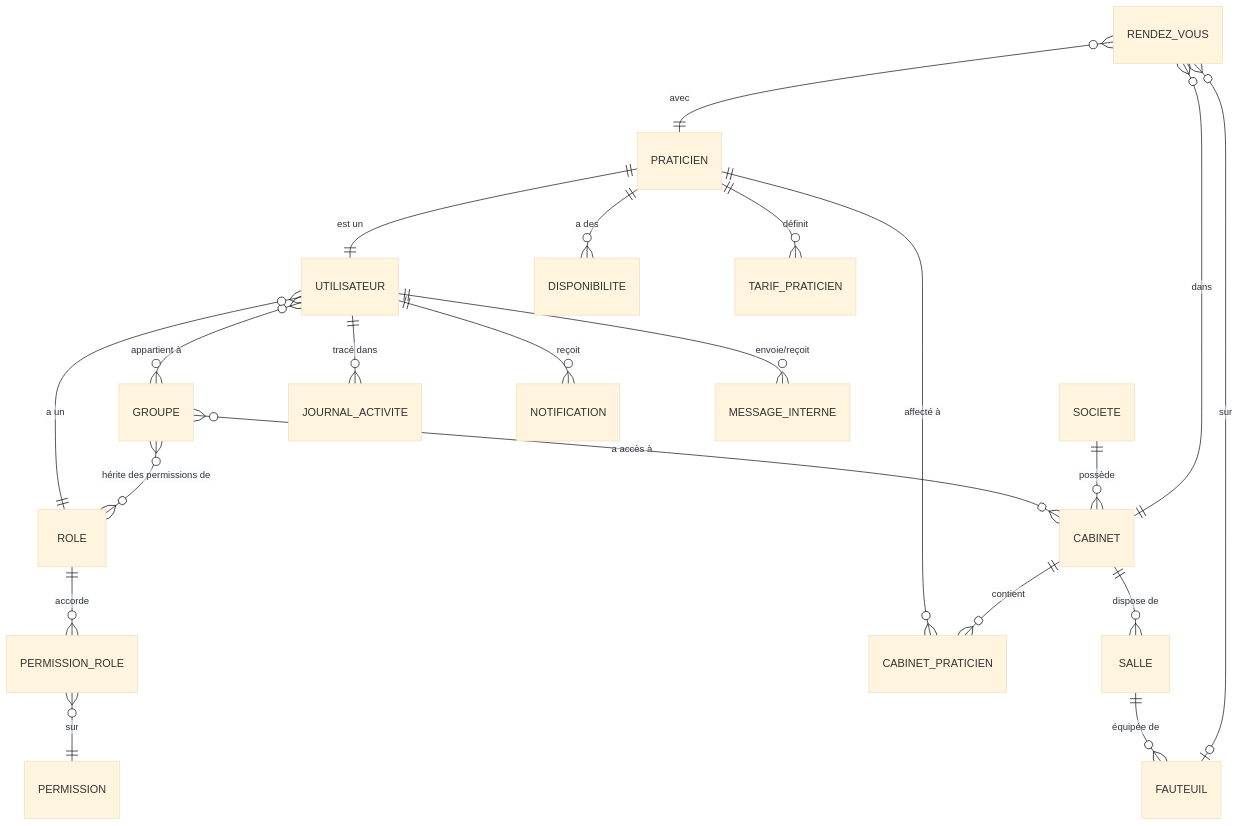
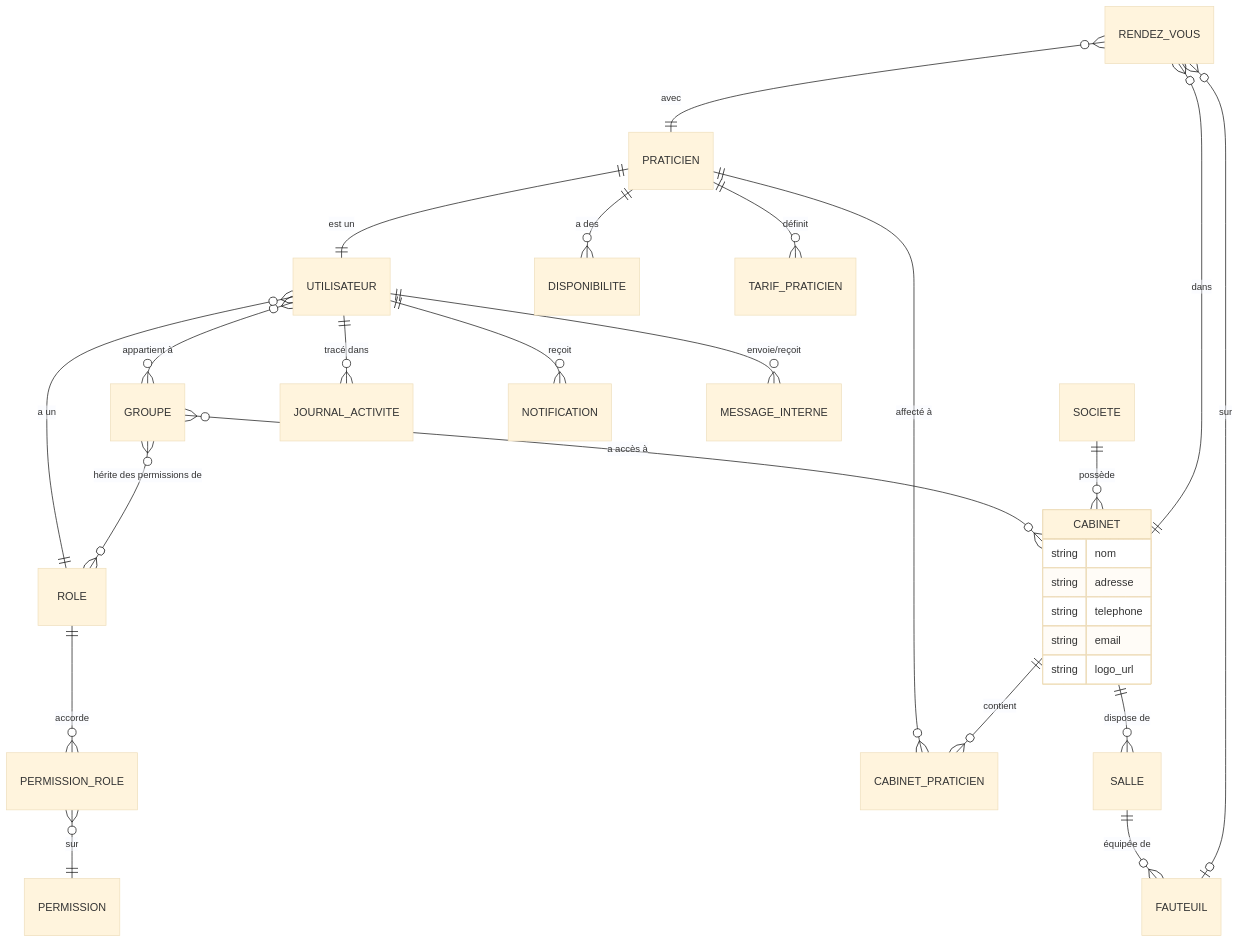
The fifth of 5 diagrams in Analyse/docs/modelisation_mcd.md (DonArhouna/SysDent), drawn with Mermaid (base theme) before and after one commit. The commit also changed 2 other files, not shown here.

Commit message:
Add logo_url field to Cabinet entity in documentation

````diff
--- a/Analyse/docs/modelisation_mcd.md
+++ b/Analyse/docs/modelisation_mcd.md
@@ -107,27 +107,34 @@
 ```mermaid
 erDiagram
     UTILISATEUR }o--o{ GROUPE : "appartient à"
     UTILISATEUR }o--|| ROLE : "a un"
     GROUPE }o--o{ ROLE : "hérite des permissions de"
     GROUPE }o--o{ CABINET : "a accès à"
     ROLE ||--o{ PERMISSION_ROLE : "accorde"
     PERMISSION_ROLE }o--|| PERMISSION : "sur"
 
     PRATICIEN ||--|| UTILISATEUR : "est un"
     PRATICIEN ||--o{ CABINET_PRATICIEN : "affecté à"
     PRATICIEN ||--o{ DISPONIBILITE : "a des"
     PRATICIEN ||--o{ TARIF_PRATICIEN : "définit"
 
     CABINET ||--o{ CABINET_PRATICIEN : "contient"
     SOCIETE ||--o{ CABINET : "possède"
     CABINET ||--o{ SALLE : "dispose de"
+    CABINET {
+        string nom
+        string adresse
+        string telephone
+        string email
+        string logo_url
+    }
     SALLE ||--o{ FAUTEUIL : "équipée de"
 
     RENDEZ_VOUS }o--|| PRATICIEN : "avec"
     RENDEZ_VOUS }o--|| CABINET : "dans"
     RENDEZ_VOUS }o--o| FAUTEUIL : "sur"
 
     UTILISATEUR ||--o{ JOURNAL_ACTIVITE : "tracé dans"
     UTILISATEUR ||--o{ NOTIFICATION : "reçoit"
     UTILISATEUR ||--o{ MESSAGE_INTERNE : "envoie/reçoit"
 ```
````
